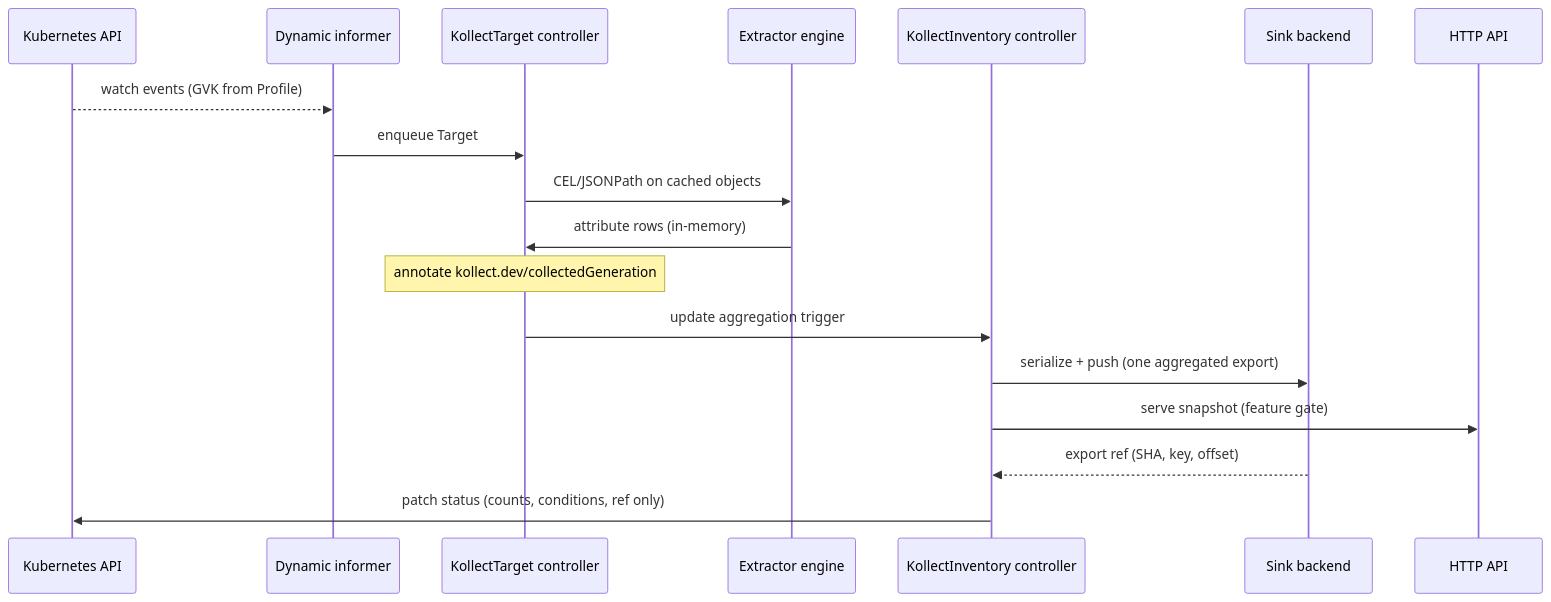
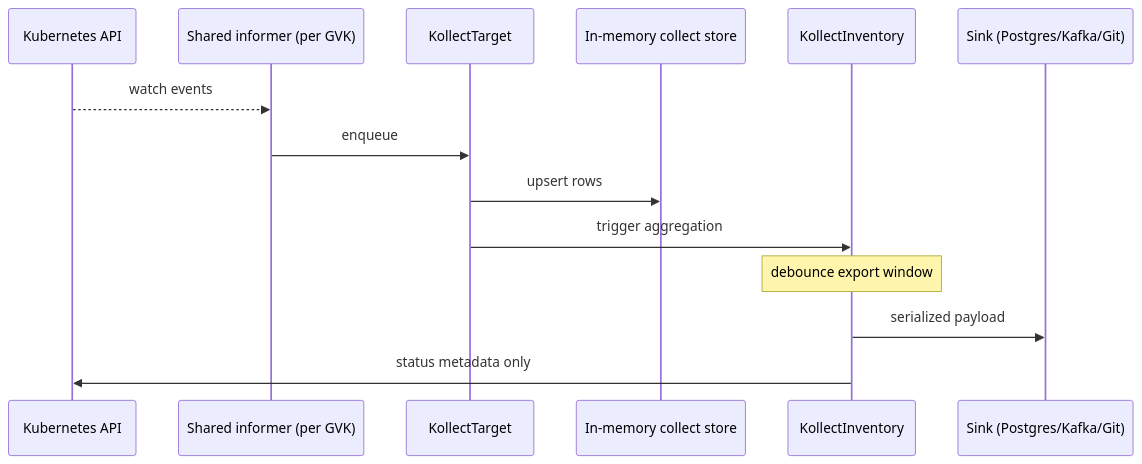
One commit to PlatformRelay/Kollect changed the second of 2 diagrams in docs/ARCHITECTURE.md. Above: the diagram before and after it, drawn with Mermaid. The commit also changed other lines of this file and 12 other files, not shown here.

First line of the commit message:
:page_facing_up: docs: platform architecture pivot ADR-0032

````diff
--- a/docs/ARCHITECTURE.md
+++ b/docs/ARCHITECTURE.md
@@ -65,21 +75,17 @@
 ```mermaid
 sequenceDiagram
   participant API as Kubernetes API
-  participant Inf as Dynamic informer
-  participant Tgt as KollectTarget controller
-  participant Eng as Extractor engine
-  participant Inv as KollectInventory controller
-  participant Sink as Sink backend
-  participant HTTP as HTTP API
+  participant Inf as Shared informer (per GVK)
+  participant Tgt as KollectTarget
+  participant Store as In-memory collect store
+  participant Inv as KollectInventory
+  participant Sink as Sink (Postgres/Kafka/Git)
 
-  API-->>Inf: watch events (GVK from Profile)
-  Inf->>Tgt: enqueue Target
-  Tgt->>Eng: CEL/JSONPath on cached objects
-  Eng->>Tgt: attribute rows (in-memory)
-  Note over Tgt: annotate kollect.dev/collectedGeneration
-  Tgt->>Inv: update aggregation trigger
-  Inv->>Sink: serialize + push (one aggregated export)
-  Inv->>HTTP: serve snapshot (feature gate)
-  Sink-->>Inv: export ref (SHA, key, offset)
-  Inv->>API: patch status (counts, conditions, ref only)
+  API-->>Inf: watch events
+  Inf->>Tgt: enqueue
+  Tgt->>Store: upsert rows
+  Tgt->>Inv: trigger aggregation
+  Note over Inv: debounce export window
+  Inv->>Sink: serialized payload
+  Inv->>API: status metadata only
 ```
````
